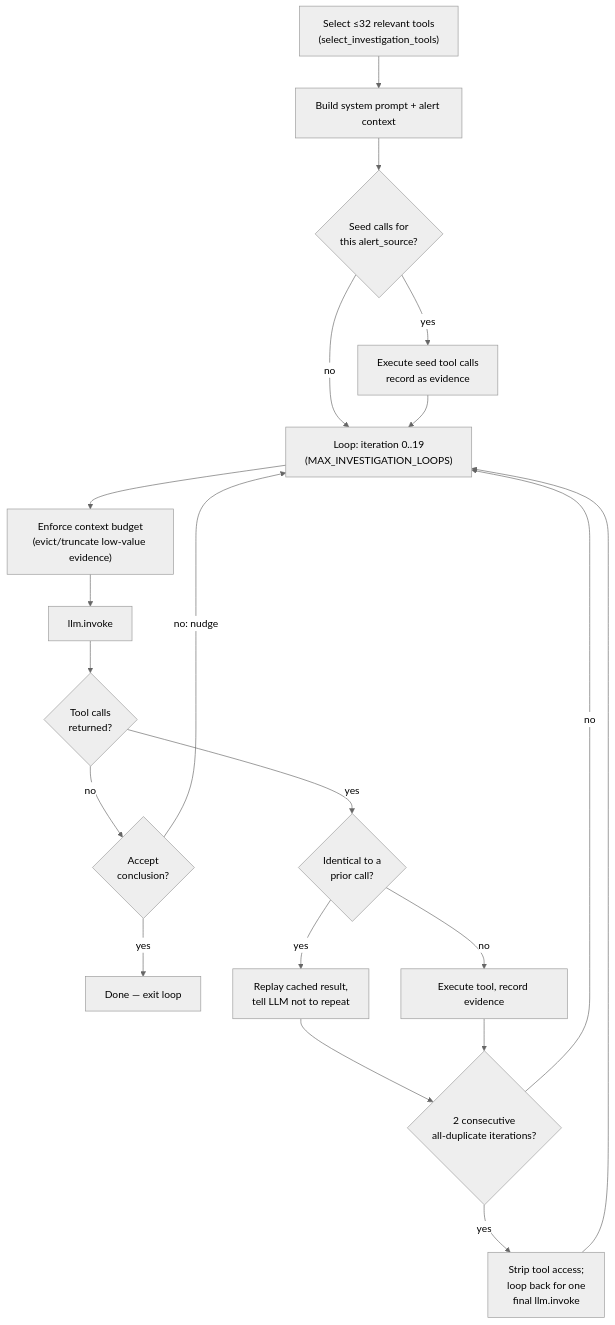
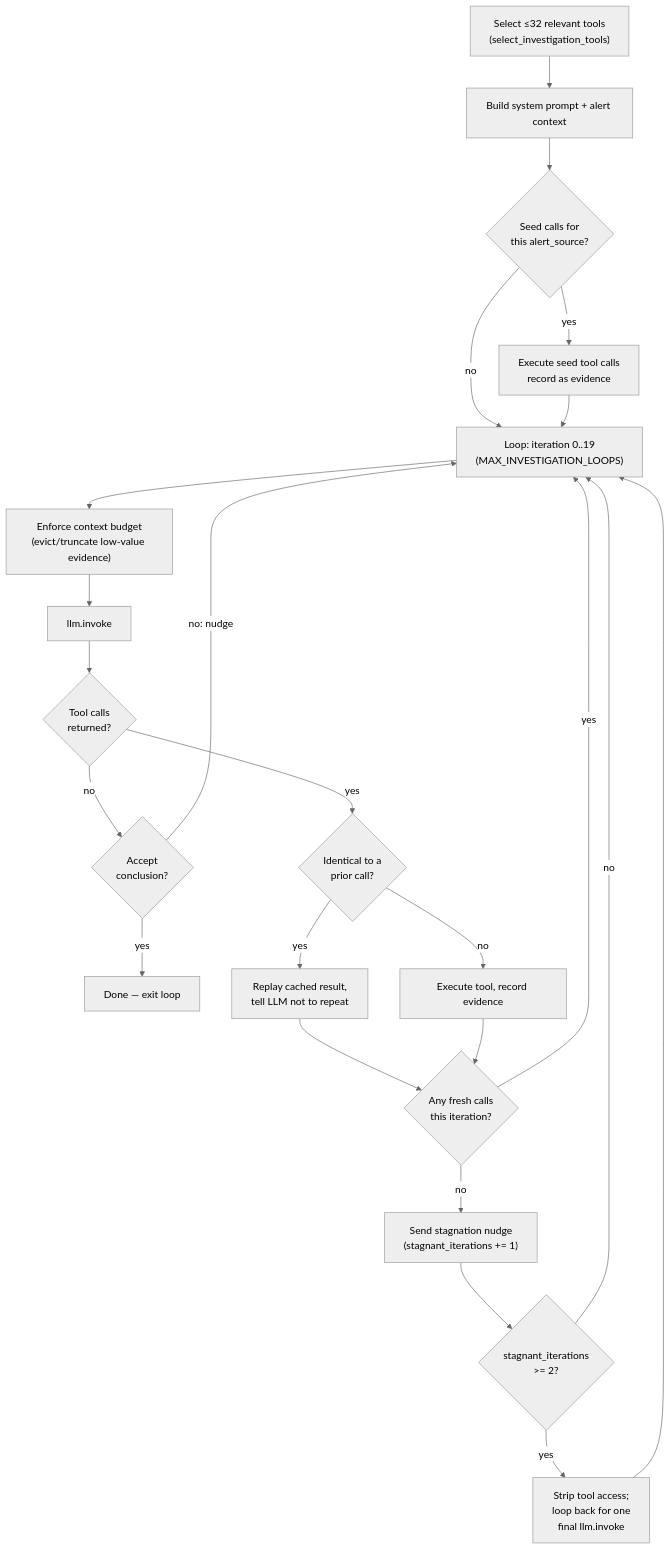
Before and after one commit to Tracer-Cloud/open-sre-agent: the second of 2 diagrams in docs/investigation-pipeline-architecture.md, drawn with Mermaid (neutral theme). The commit also changed other lines of this file, not shown here.

First line of the commit message:
docs: fix stagnation-breaker nudge count (greploop iteration 1)

````diff
--- a/docs/investigation-pipeline-architecture.md
+++ b/docs/investigation-pipeline-architecture.md
@@ -77,22 +77,25 @@
 ```mermaid
 flowchart TD
     S0["Select ≤32 relevant tools\n(select_investigation_tools)"] --> S1[Build system prompt + alert context]
     S1 --> S2{Seed calls for\nthis alert_source?}
     S2 -->|yes| S3["Execute seed tool calls\nrecord as evidence"]
     S2 -->|no| S4
     S3 --> S4["Loop: iteration 0..19\n(MAX_INVESTIGATION_LOOPS)"]
     S4 --> S5["Enforce context budget\n(evict/truncate low-value evidence)"]
     S5 --> S6[llm.invoke]
     S6 --> S7{Tool calls\nreturned?}
     S7 -->|no| S8{Accept\nconclusion?}
     S8 -->|yes| S9[Done — exit loop]
     S8 -->|no: nudge| S4
     S7 -->|yes| S10{Identical to a\nprior call?}
     S10 -->|yes| S11["Replay cached result,\ntell LLM not to repeat"]
     S10 -->|no| S12[Execute tool, record evidence]
-    S11 --> S13{2 consecutive\nall-duplicate iterations?}
+    S11 --> S13{Any fresh calls\nthis iteration?}
     S12 --> S13
-    S13 -->|yes| S14["Strip tool access;\nloop back for one\nfinal llm.invoke"]
-    S13 -->|no| S4
+    S13 -->|yes| S4
+    S13 -->|no| S15["Send stagnation nudge\n(stagnant_iterations += 1)"]
+    S15 --> S16{stagnant_iterations\n>= 2?}
+    S16 -->|yes| S14["Strip tool access;\nloop back for one\nfinal llm.invoke"]
+    S16 -->|no| S4
     S14 --> S4
 ```
````
